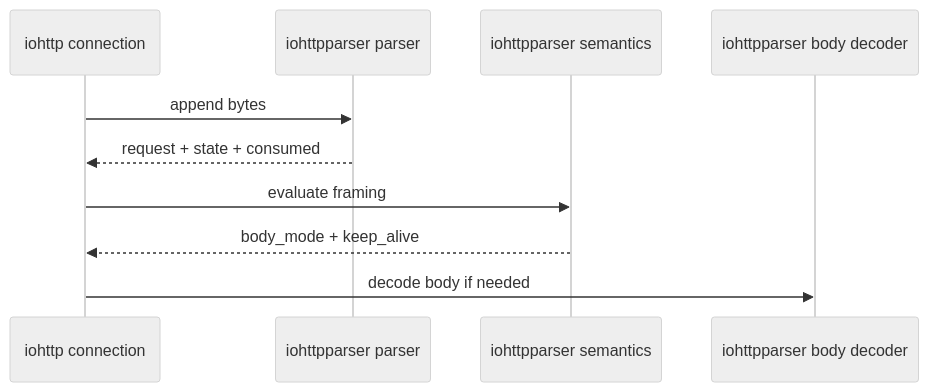
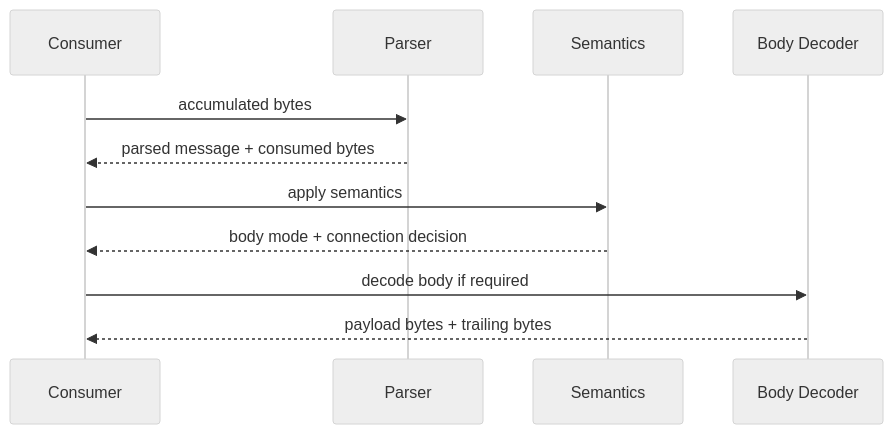
One commit to ioplane/iohttpparser changed the diagram in docs/en/05-consumer-contracts.md. Above: the diagram before and after it, drawn with Mermaid (neutral theme). The commit also changed other lines of this file and 48 other files, not shown here.

````diff
--- a/docs/en/05-consumer-contracts.md
+++ b/docs/en/05-consumer-contracts.md
@@ -72,13 +112,14 @@
 ```mermaid
 sequenceDiagram
-    participant Conn as iohttp connection
-    participant Parser as iohttpparser parser
-    participant Sem as iohttpparser semantics
-    participant Body as iohttpparser body decoder
+    participant C as Consumer
+    participant P as Parser
+    participant S as Semantics
+    participant B as Body Decoder
 
-    Conn->>Parser: append bytes
-    Parser-->>Conn: request + state + consumed
-    Conn->>Sem: evaluate framing
-    Sem-->>Conn: body_mode + keep_alive
-    Conn->>Body: decode body if needed
+    C->>P: accumulated bytes
+    P-->>C: parsed message + consumed bytes
+    C->>S: apply semantics
+    S-->>C: body mode + connection decision
+    C->>B: decode body if required
+    B-->>C: payload bytes + trailing bytes
 ```
````
